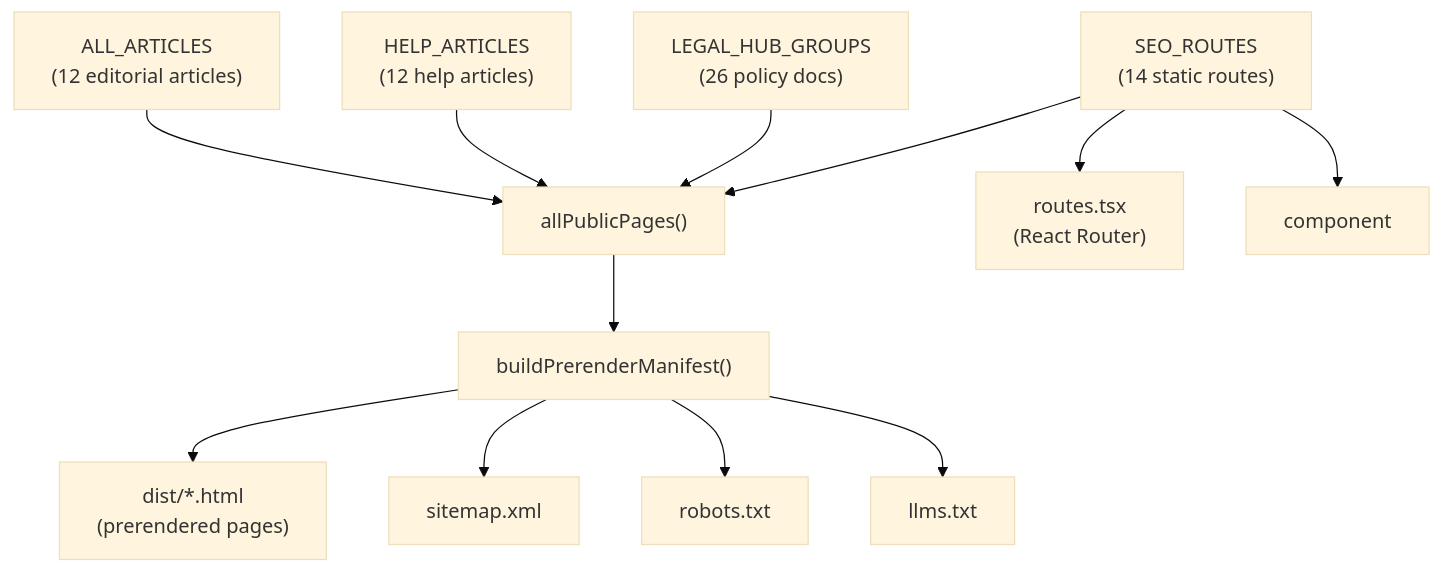
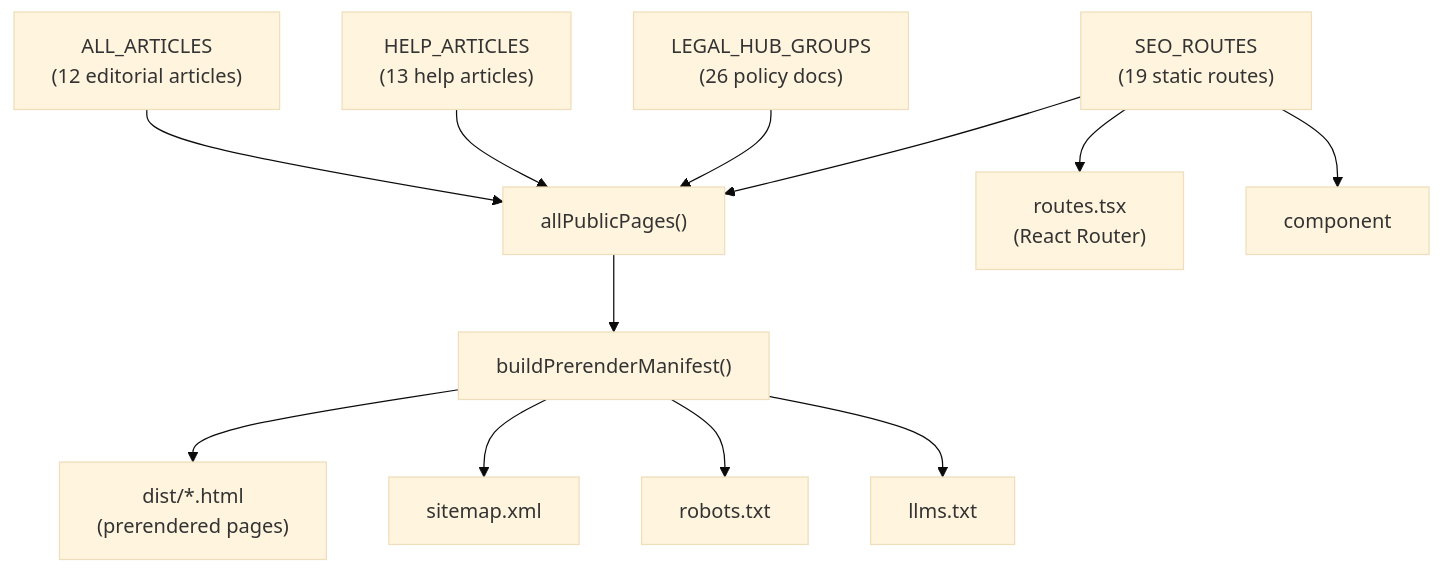
Before and after one commit to Dutiva-Canada/Dutiva_Web: the second of 4 diagrams in docs/wiki/SEO-Prerendering-Content-Marketing.md, drawn with Mermaid (base theme). The commit also changed other lines of this file and 84 other files, not shown here.

````diff
--- a/docs/wiki/SEO-Prerendering-Content-Marketing.md
+++ b/docs/wiki/SEO-Prerendering-Content-Marketing.md
@@ -122,27 +127,27 @@
 ```mermaid
 flowchart TD
-    REG["SEO_ROUTES\n(14 static routes)"]
+    REG["SEO_ROUTES\n(19 static routes)"]
     LEGAL["LEGAL_HUB_GROUPS\n(26 policy docs)"]
-    HELP["HELP_ARTICLES\n(12 help articles)"]
+    HELP["HELP_ARTICLES\n(13 help articles)"]
     ART["ALL_ARTICLES\n(12 editorial articles)"]
     APP["allPublicPages()"]
     MANIFEST["buildPrerenderManifest()"]
     ROUTER["routes.tsx\n(React Router)"]
     SEO_COMP["<Seo> component"]
     SITEMAP["sitemap.xml"]
     ROBOTS["robots.txt"]
     LLMS["llms.txt"]
     HTML["dist/*.html\n(prerendered pages)"]
 
     REG --> APP
     LEGAL --> APP
     HELP --> APP
     ART --> APP
     APP --> MANIFEST
     MANIFEST --> HTML
     MANIFEST --> SITEMAP
     MANIFEST --> ROBOTS
     MANIFEST --> LLMS
     REG --> ROUTER
     REG --> SEO_COMP
 ```
````
